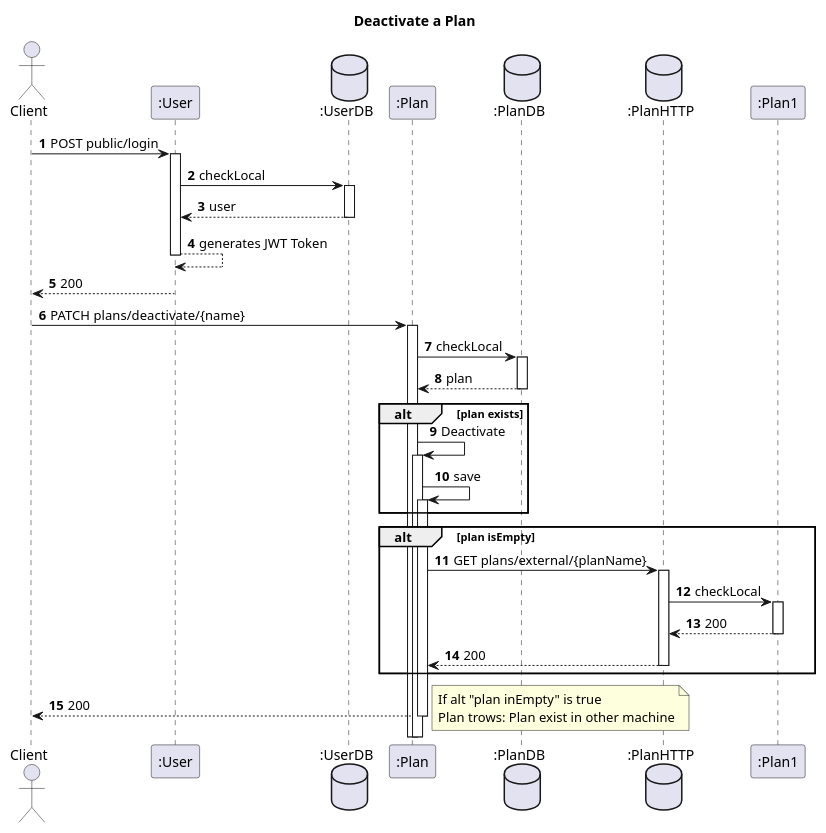
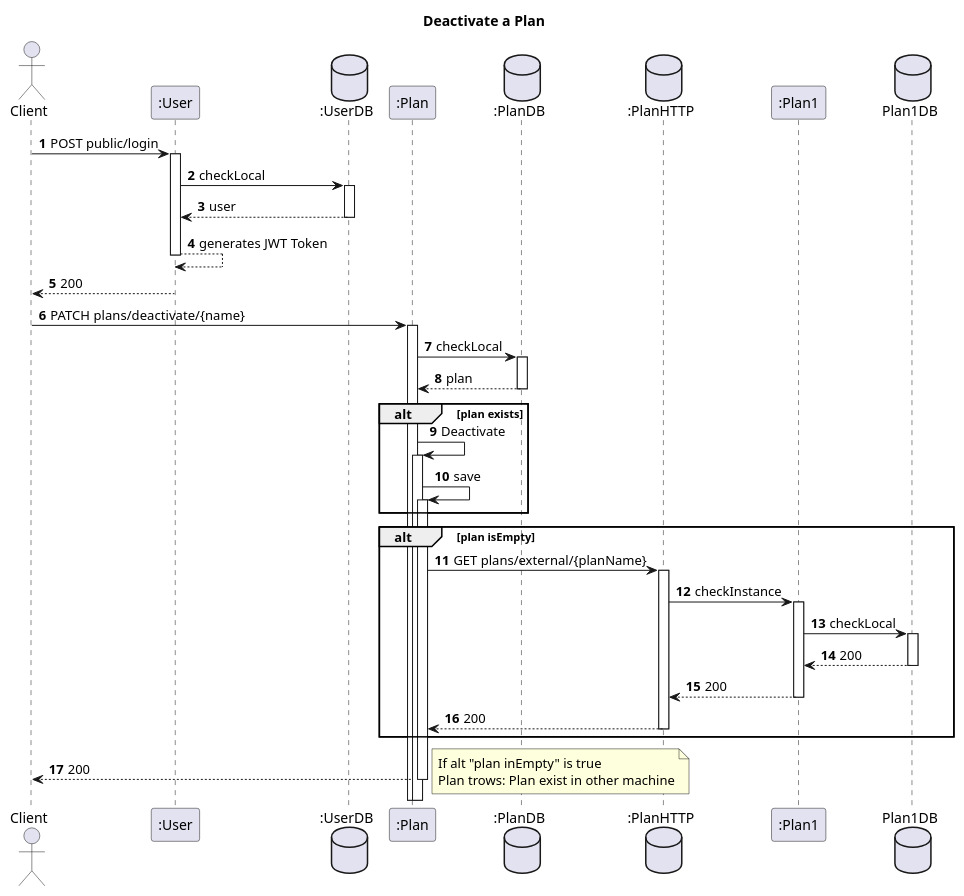
The diagram in docs_sidis/Plans/Vista_Logica/N3/UserPlanInteractionDeactivate.puml (IsepMartimOliveira/SIDIS), drawn with PlantUML before and after one commit. The commit also changed 3 other files, not shown here.

```diff
--- a/docs_sidis/Plans/Vista_Logica/N3/UserPlanInteractionDeactivate.puml
+++ b/docs_sidis/Plans/Vista_Logica/N3/UserPlanInteractionDeactivate.puml
@@ -1,48 +1,54 @@
 @startuml
 'https://plantuml.com/sequence-diagram
 autoactivate on
 autonumber
 title  Deactivate a Plan
 
 autonumber
 
 actor "Client" as Ac
 participant ":User" as User
 database ":UserDB" as Udb
 
 participant ":Plan" as Plan
 database ":PlanDB" as PDB
 database ":PlanHTTP" as PHTTP
 participant ":Plan1" as Plan1
+database "Plan1DB" as PDB1
 
 
 Ac->User: POST public/login
 User->Udb:checkLocal
 Udb-->User:user
 User-->User:generates JWT Token
 User-->Ac:200
 Ac->Plan:PATCH plans/deactivate/{name}
 Plan->PDB:checkLocal
 PDB-->Plan:plan
 alt plan exists
 Plan->Plan:Deactivate
 Plan->Plan:save
 
 end
 
 alt plan isEmpty
 Plan->PHTTP:GET plans/external/{planName}
-PHTTP->Plan1:checkLocal
+PHTTP->Plan1:checkInstance
+Plan1->PDB1:checkLocal
+
+PDB1-->Plan1:200
+deactivate PDB1
+
 Plan1-->PHTTP:200
 PHTTP-->Plan:200
 end
 
 Plan-->Ac:200
 note right
 If alt "plan inEmpty" is true
 Plan trows: Plan exist in other machine
 end note
 
 
 
 @enduml
```
